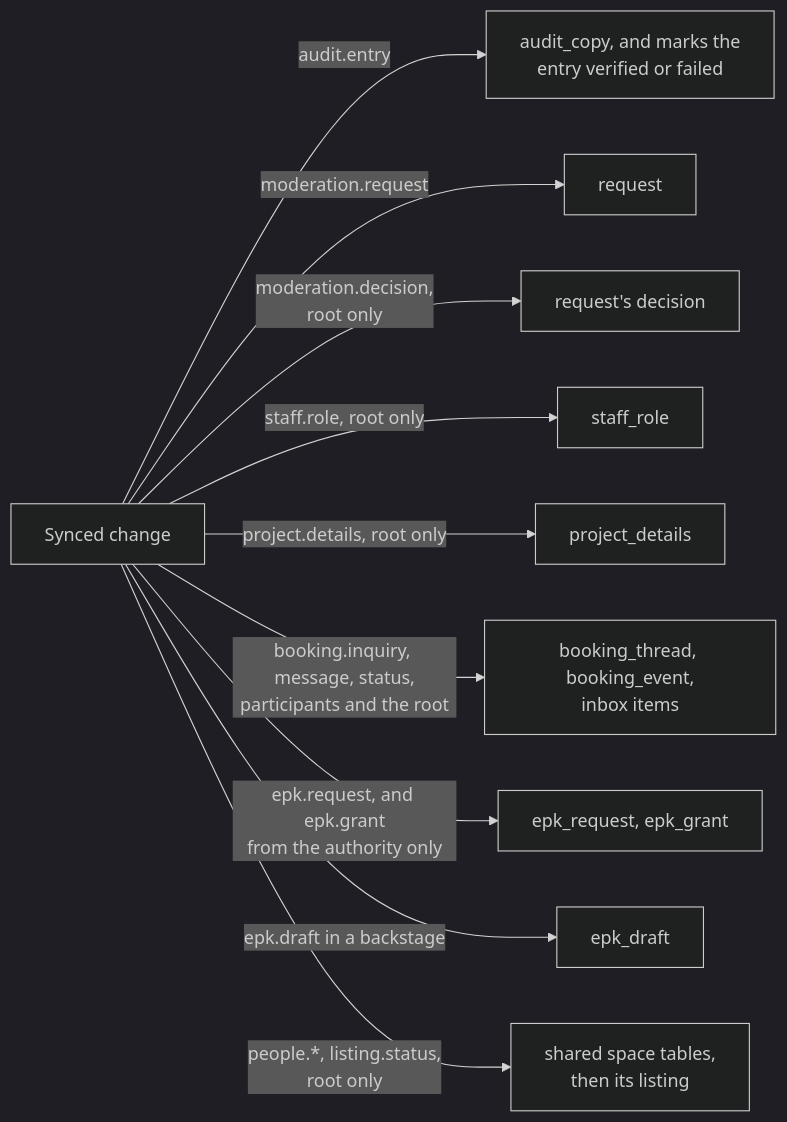
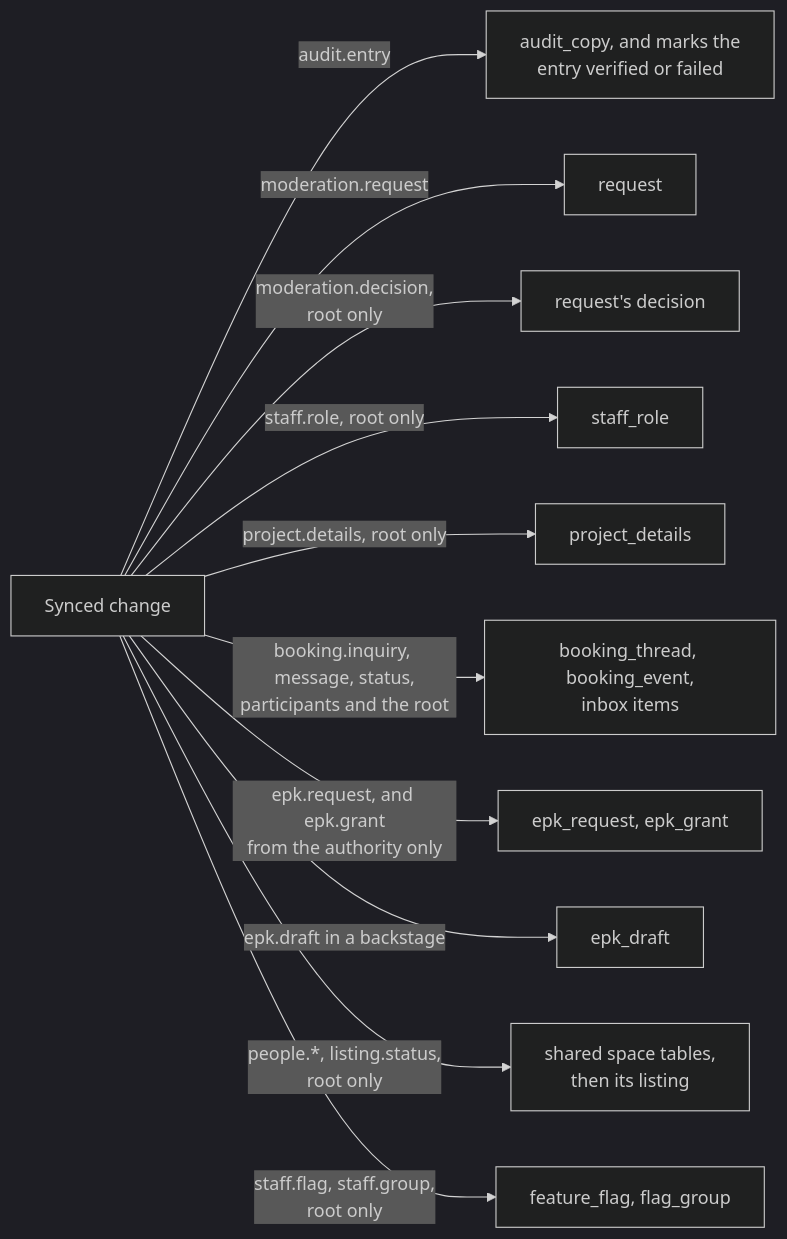
The seventh of 8 diagrams in apps/web/docs/diagrams/spaces.md (cutenode/localnetwork), drawn with Mermaid (dark theme) before and after one commit. The commit also changed other lines of this file and 8 other files, not shown here.

First line of the commit message:
docs(web): bring the diagrams in line with the code

````diff
--- a/apps/web/docs/diagrams/spaces.md
+++ b/apps/web/docs/diagrams/spaces.md
@@ -158,13 +160,14 @@
 ```mermaid
 flowchart LR
   Sync["Synced change"]
   Sync -- "audit.entry" --> A1["audit_copy, and marks the<br/>entry verified or failed"]
   Sync -- "moderation.request" --> A2["request"]
   Sync -- "moderation.decision,<br/>root only" --> A3["request's decision"]
   Sync -- "staff.role, root only" --> A4["staff_role"]
   Sync -- "project.details, root only" --> A5["project_details"]
   Sync -- "booking.inquiry, message, status,<br/>participants and the root" --> A6["booking_thread, booking_event,<br/>inbox items"]
   Sync -- "epk.request, and epk.grant<br/>from the authority only" --> A7["epk_request, epk_grant"]
   Sync -- "epk.draft in a backstage" --> A8["epk_draft"]
   Sync -- "people.*, listing.status,<br/>root only" --> A9["shared space tables,<br/>then its listing"]
+  Sync -- "staff.flag, staff.group,<br/>root only" --> A10["feature_flag, flag_group"]
 ```
````
